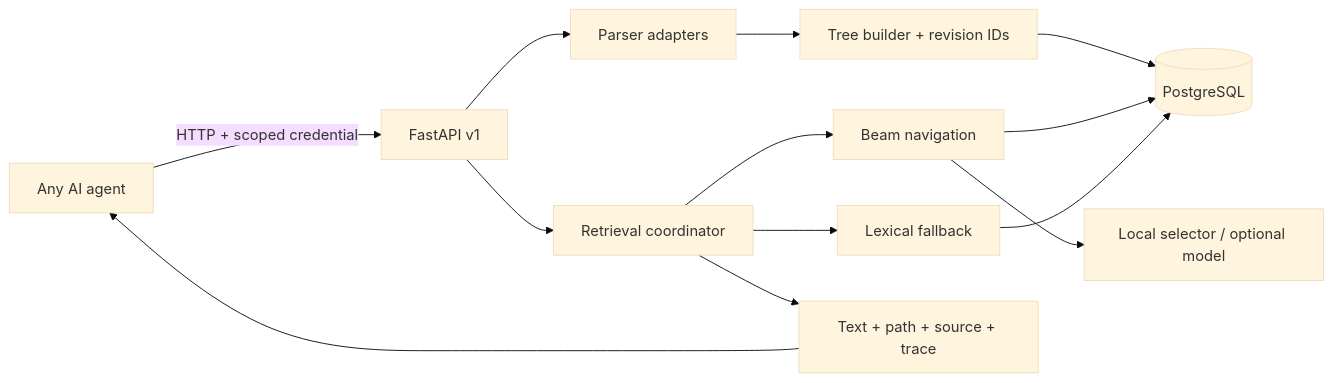
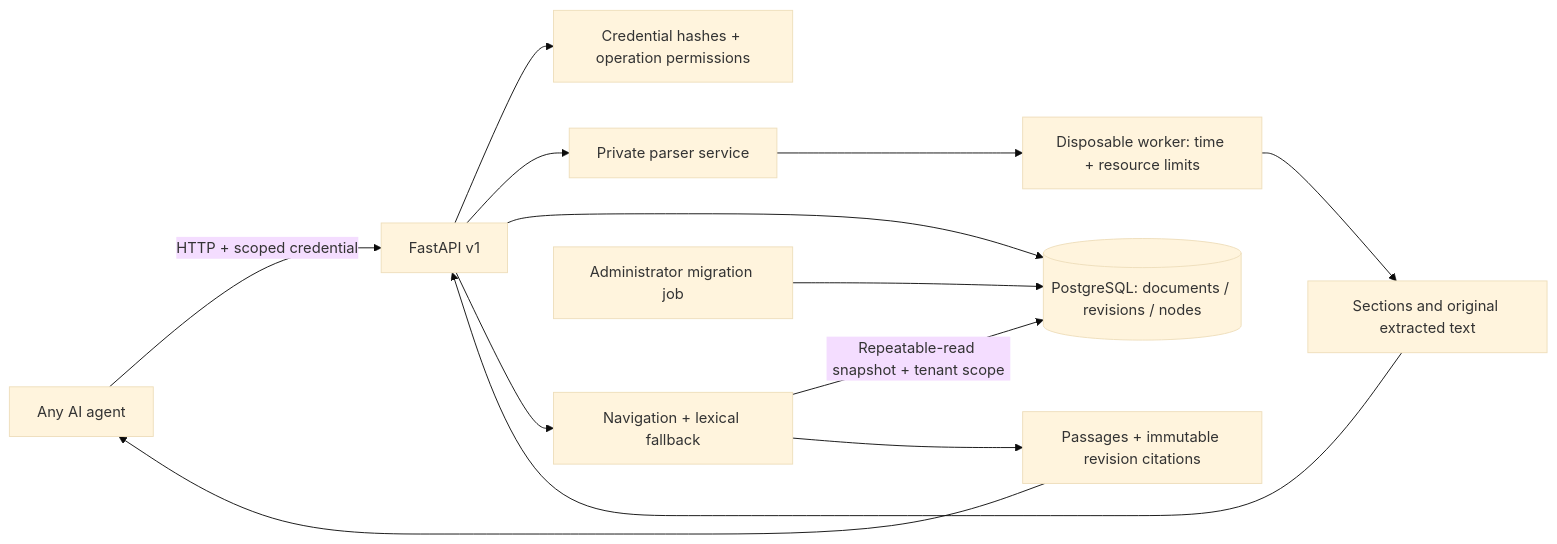
One commit to BVGAL/arborvault changed the diagram in docs/architecture.md. Above: the diagram before and after it, drawn with Mermaid (base theme). The commit also changed other lines of this file and 66 other files, not shown here.

````diff
--- a/docs/architecture.md
+++ b/docs/architecture.md
@@ -3,15 +3,15 @@
 ```mermaid
 flowchart LR
   A[Any AI agent] -->|HTTP + scoped credential| API[FastAPI v1]
-  API --> P[Parser adapters]
-  P --> T[Tree builder + revision IDs]
-  T --> DB[(PostgreSQL)]
-  API --> R[Retrieval coordinator]
-  R --> N[Beam navigation]
-  N --> S[Local selector / optional model]
-  R --> L[Lexical fallback]
-  N --> DB
-  L --> DB
-  R --> C[Text + path + source + trace]
+  API --> AUTH[Credential hashes + operation permissions]
+  API --> P[Private parser service]
+  P --> W[Disposable worker: time + resource limits]
+  W --> T[Sections and original extracted text]
+  T --> API
+  API --> DB[(PostgreSQL: documents / revisions / nodes)]
+  API --> R[Navigation + lexical fallback]
+  R -->|Repeatable-read snapshot + tenant scope| DB
+  R --> C[Passages + immutable revision citations]
   C --> A
+  M[Administrator migration job] --> DB
 ```
````
